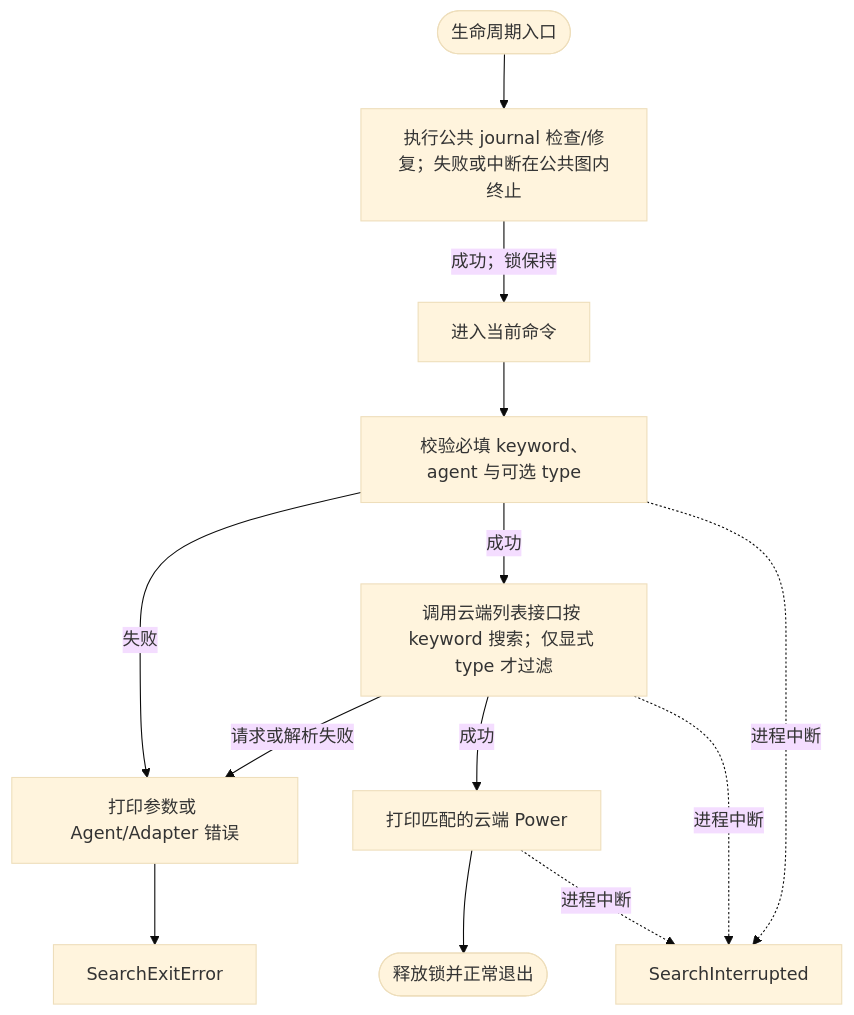
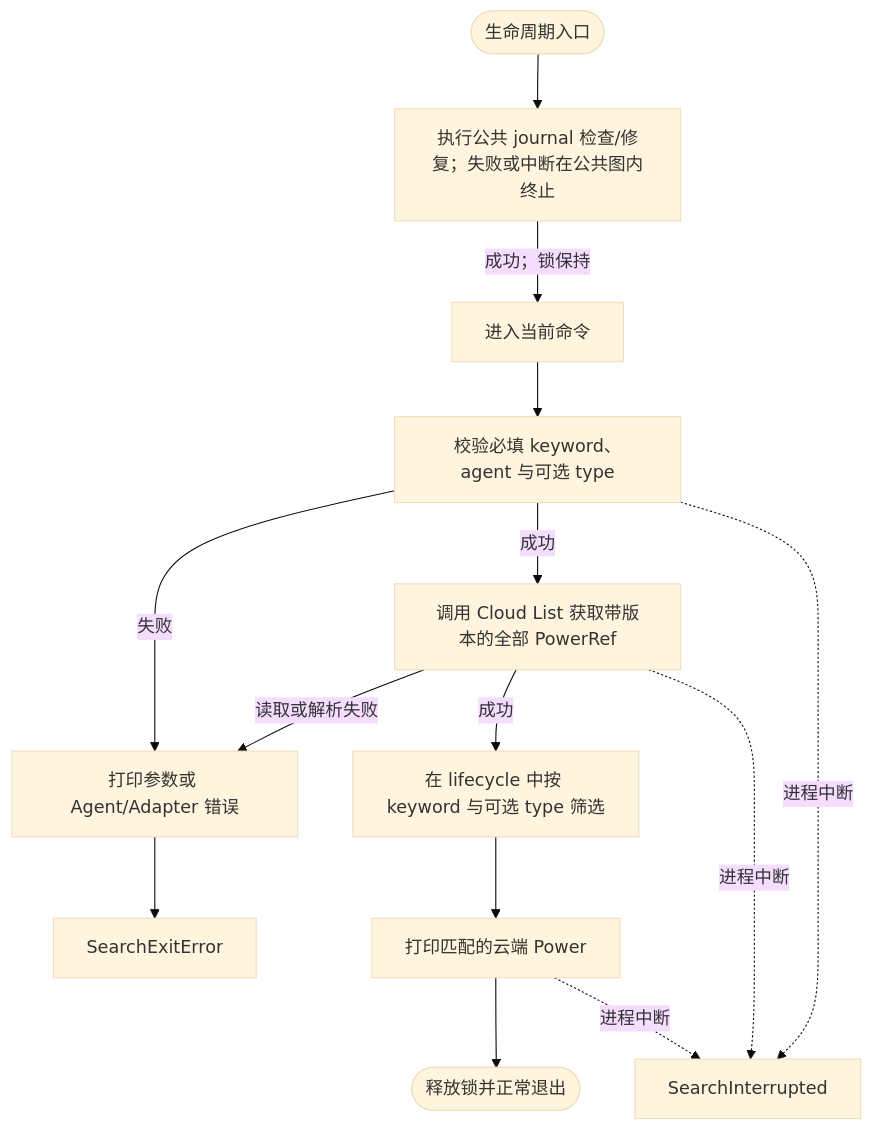
One commit to spacemit-com/agent-power-manager changed the diagram in ivory-tower/c4/components/apm-cli-lifecycle-diagrams/search.mmd. Above: the diagram before and after it, drawn with Mermaid (base theme). The commit also changed 13 other files, not shown here.

```diff
--- a/ivory-tower/c4/components/apm-cli-lifecycle-diagrams/search.mmd
+++ b/ivory-tower/c4/components/apm-cli-lifecycle-diagrams/search.mmd
@@ -1,13 +1,14 @@
 flowchart TD
     SearchStart([生命周期入口]) --> SearchRecovery[执行公共 journal 检查/修复；失败或中断在公共图内终止]
     SearchRecovery -->|成功；锁保持| SearchCommand[进入当前命令]
 
     SearchCommand --> SearchValidate[校验必填 keyword、agent 与可选 type]
     SearchValidate -->|失败| SearchFail[打印参数或 Agent/Adapter 错误] --> SearchExitError
-    SearchValidate -->|成功| SearchCloudSearch[调用云端列表接口按 keyword 搜索；仅显式 type 才过滤]
-    SearchCloudSearch -->|请求或解析失败| SearchFail
-    SearchCloudSearch -->|成功| SearchPrint[打印匹配的云端 Power]
+    SearchValidate -->|成功| SearchCloudList[调用 Cloud List 获取带版本的全部 PowerRef]
+    SearchCloudList -->|读取或解析失败| SearchFail
+    SearchCloudList -->|成功| SearchFilter[在 lifecycle 中按 keyword 与可选 type 筛选]
+    SearchFilter --> SearchPrint[打印匹配的云端 Power]
     SearchPrint --> SearchExitOK([释放锁并正常退出])
     SearchValidate -.进程中断.-> SearchInterrupted
-    SearchCloudSearch -.进程中断.-> SearchInterrupted
+    SearchCloudList -.进程中断.-> SearchInterrupted
     SearchPrint -.进程中断.-> SearchInterrupted
```
